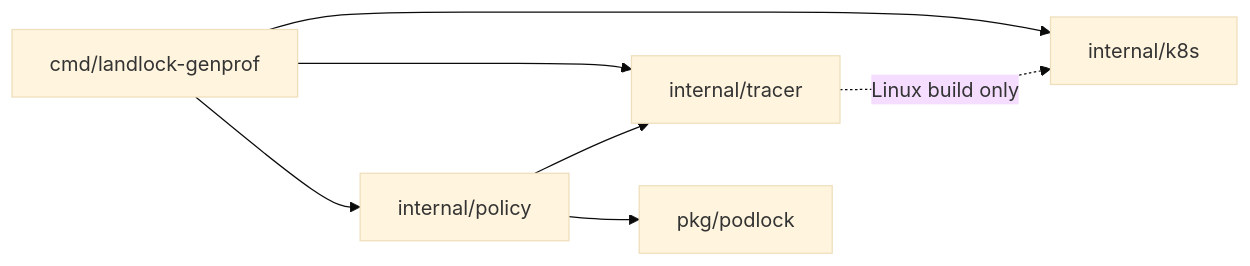
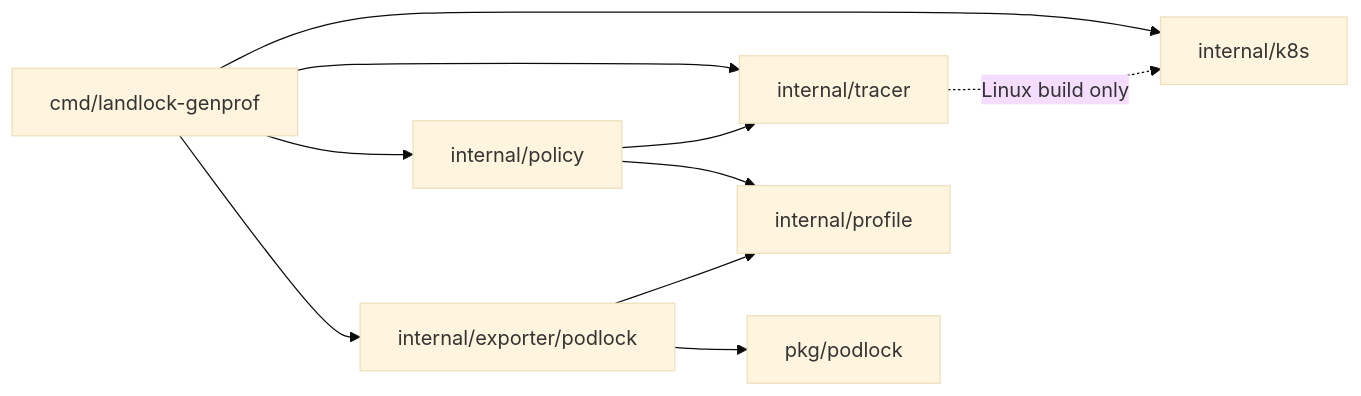
The third of 3 diagrams in docs/architecture.md (idriss-eliguene/landlock-genprof), drawn with Mermaid (base theme) before and after one commit. The commit also changed other lines of this file and 13 other files, not shown here.

First line of the commit message:
refactor(profile): introduce a Behavior IR, isolate PodLock into an exporter

````diff
--- a/docs/architecture.md
+++ b/docs/architecture.md
@@ -120,15 +138,20 @@
 ```mermaid
 flowchart LR
     cmd["cmd/landlock-genprof"]
     k8s["internal/k8s"]
     tracer["internal/tracer"]
     policy["internal/policy"]
+    ir["internal/profile"]
+    exporter["internal/exporter/podlock"]
     podlock["pkg/podlock"]
 
     cmd --> k8s
     cmd --> tracer
     cmd --> policy
+    cmd --> exporter
     policy --> tracer
-    policy --> podlock
+    policy --> ir
+    exporter --> ir
+    exporter --> podlock
     tracer -. "Linux build only" .-> k8s
 ```
````
